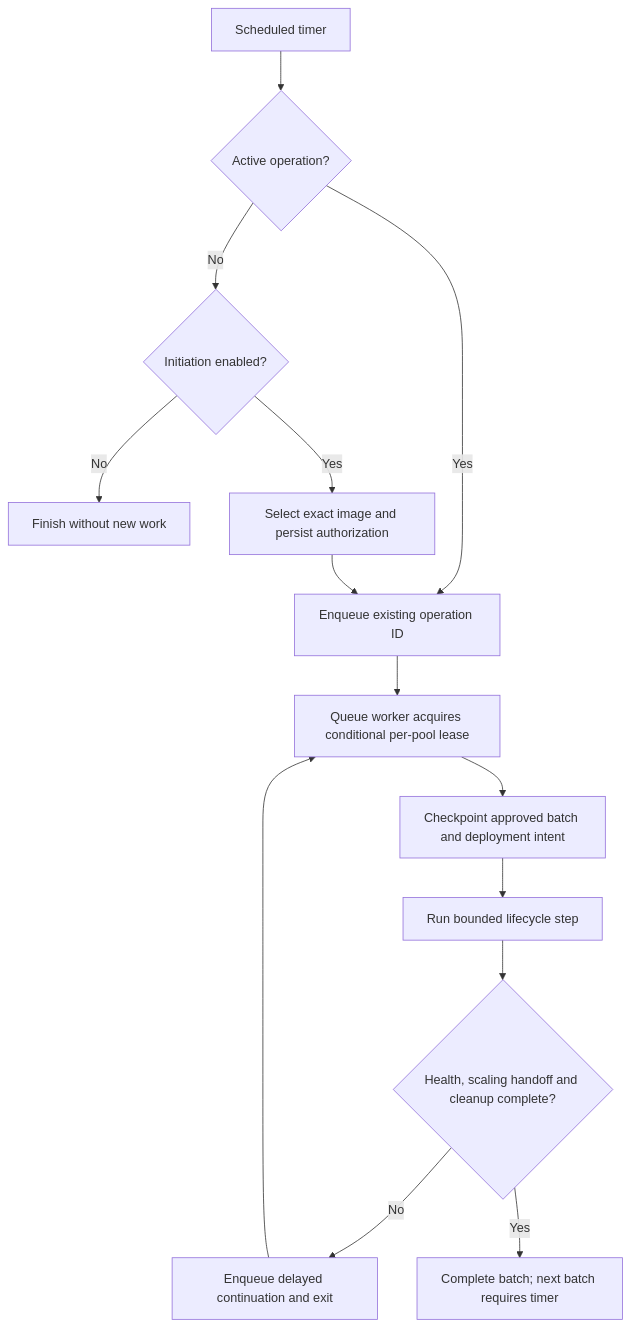
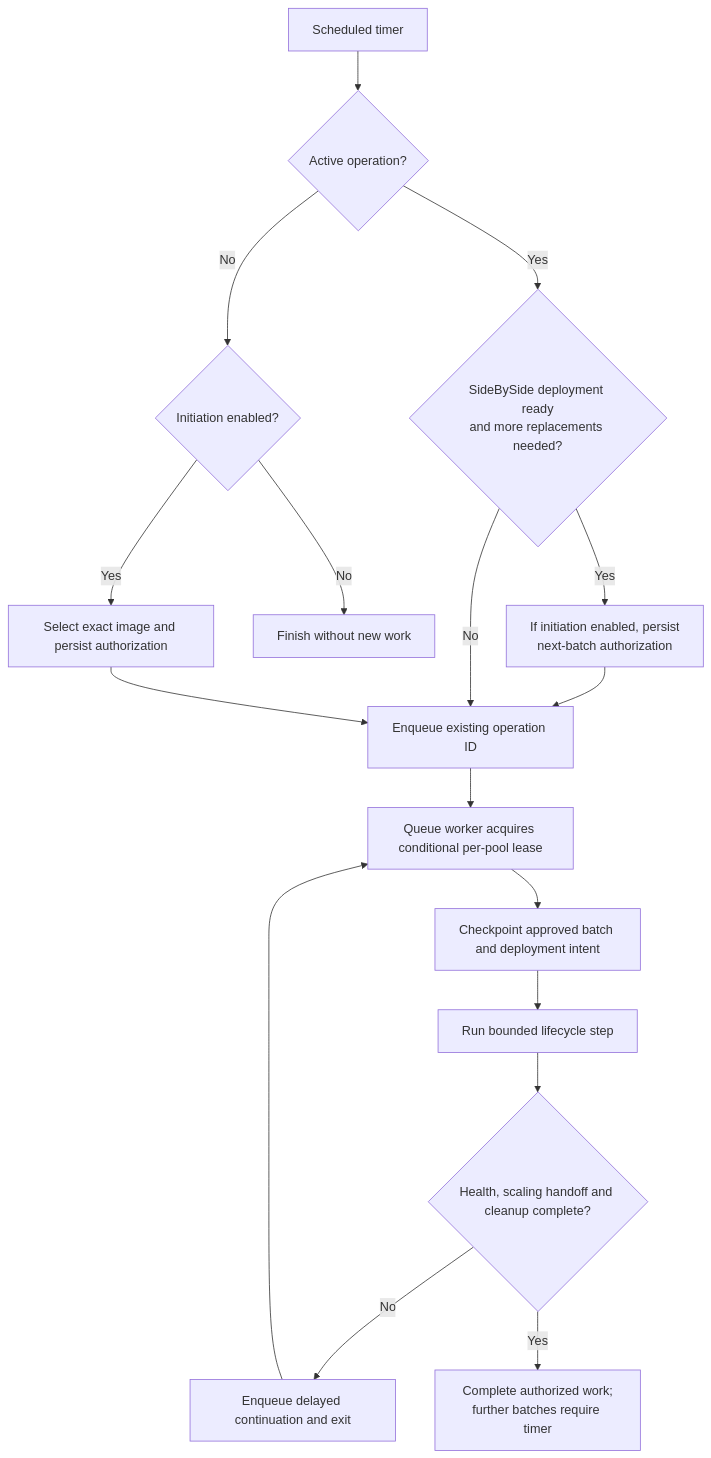
One commit to Azure/FederalAVD changed the first of 5 diagrams in deployments/add-ons/sessionHostReplacer/replacement-flow.md. Above: the diagram before and after it, drawn with Mermaid. The commit also changed other lines of this file and 12 other files, not shown here.

First line of the commit message:
Decouple SideBySide deployment batches from old-host draining

````diff
--- a/deployments/add-ons/sessionHostReplacer/replacement-flow.md
+++ b/deployments/add-ons/sessionHostReplacer/replacement-flow.md
@@ -18,16 +19,19 @@
 ```mermaid
 flowchart TD
     T[Scheduled timer] --> A{Active operation?}
-    A -- Yes --> Q[Enqueue existing operation ID]
+    A -- Yes --> S{SideBySide deployment ready<br/>and more replacements needed?}
+    S -- Yes --> P[If initiation enabled, persist<br/>next-batch authorization]
+    P --> Q[Enqueue existing operation ID]
+    S -- No --> Q
     A -- No --> H{Initiation enabled?}
     H -- No --> X[Finish without new work]
     H -- Yes --> I[Select exact image and persist authorization]
     I --> Q
     Q --> W[Queue worker acquires conditional per-pool lease]
     W --> B[Checkpoint approved batch and deployment intent]
     B --> E[Run bounded lifecycle step]
     E --> C{Health, scaling handoff and cleanup complete?}
     C -- No --> D[Enqueue delayed continuation and exit]
     D --> W
-    C -- Yes --> F[Complete batch; next batch requires timer]
+    C -- Yes --> F[Complete authorized work;<br/>further batches require timer]
 ```
````
